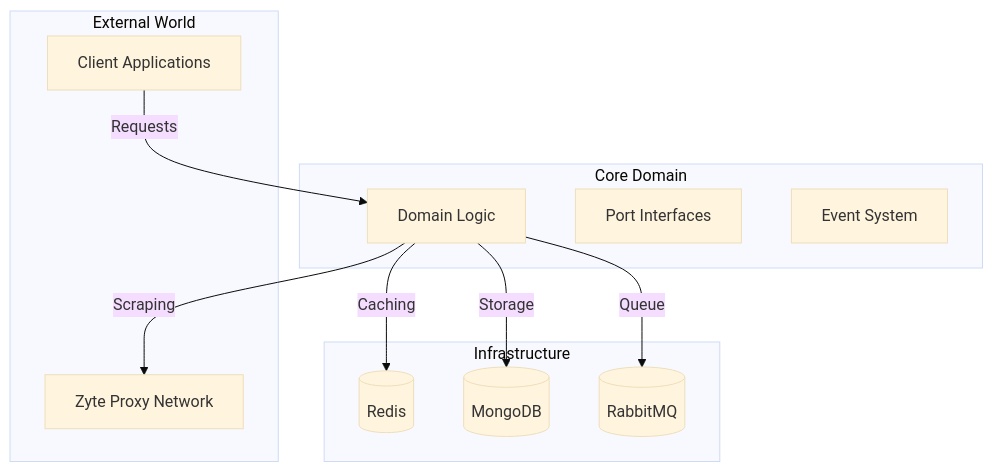
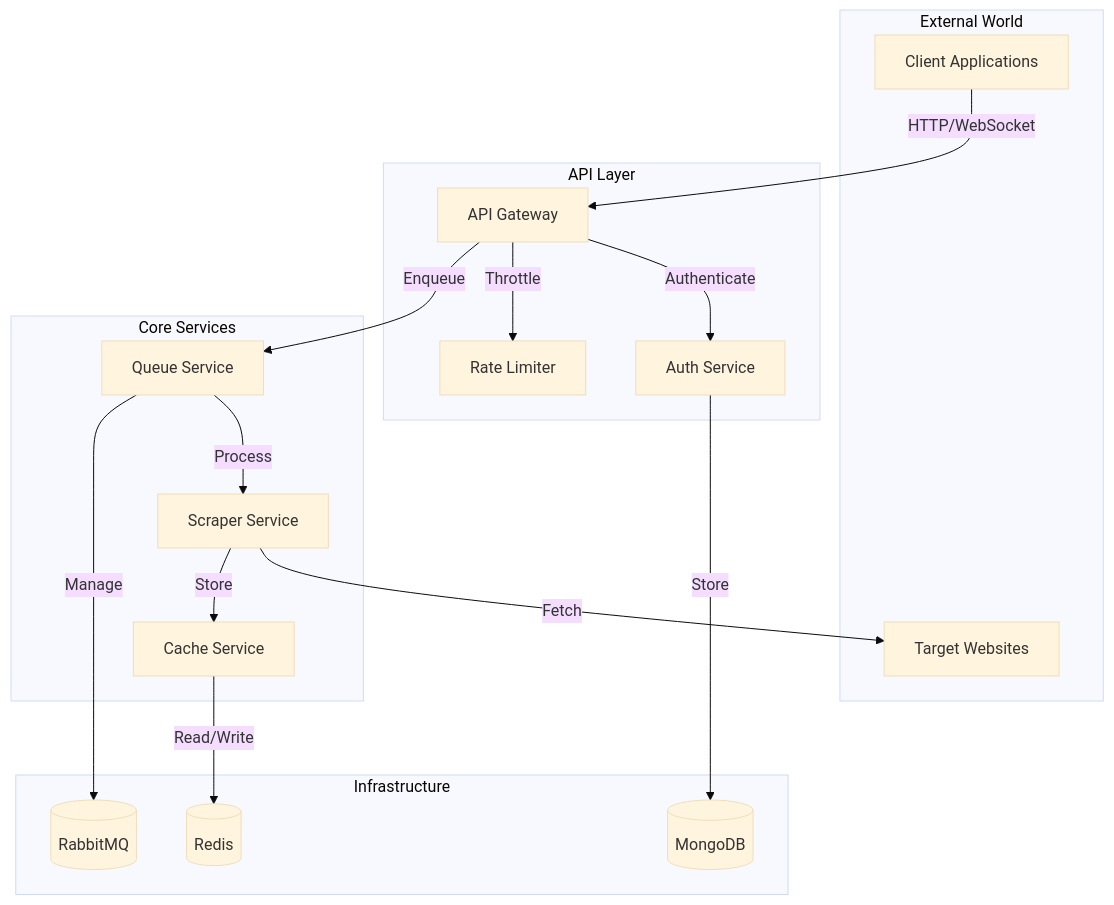
One commit to The-Deep-Hub/product-scraper-comparison changed the first of 5 diagrams in docs/architecture/overview.md. Above: the diagram before and after it, drawn with Mermaid (base theme). The commit also changed other lines of this file and 11 other files, not shown here.

````diff
--- a/docs/architecture/overview.md
+++ b/docs/architecture/overview.md
@@ -9,25 +62,36 @@
 ```mermaid
 graph TB
     subgraph "External World"
         Client[Client Applications]
-        Zyte[Zyte Proxy Network]
+        Web[Target Websites]
     end
 
-    subgraph "Core Domain"
-        Domain[Domain Logic]
-        Ports[Port Interfaces]
-        Events[Event System]
+    subgraph "API Layer"
+        API[API Gateway]
+        Auth[Auth Service]
+        Rate[Rate Limiter]
+    end
+
+    subgraph "Core Services"
+        Scraper[Scraper Service]
+        Queue[Queue Service]
+        Cache[Cache Service]
     end
 
     subgraph "Infrastructure"
+        MongoDB[(MongoDB)]
         Redis[(Redis)]
-        MongoDB[(MongoDB)]
         RabbitMQ[(RabbitMQ)]
     end
 
-    Client -->|Requests| Domain
-    Domain -->|Scraping| Zyte
-    Domain -->|Caching| Redis
-    Domain -->|Storage| MongoDB
-    Domain -->|Queue| RabbitMQ
+    Client -->|HTTP/WebSocket| API
+    API -->|Authenticate| Auth
+    API -->|Throttle| Rate
+    API -->|Enqueue| Queue
+    Queue -->|Process| Scraper
+    Scraper -->|Fetch| Web
+    Scraper -->|Store| Cache
+    Cache -->|Read/Write| Redis
+    Auth -->|Store| MongoDB
+    Queue -->|Manage| RabbitMQ
 ```
````
